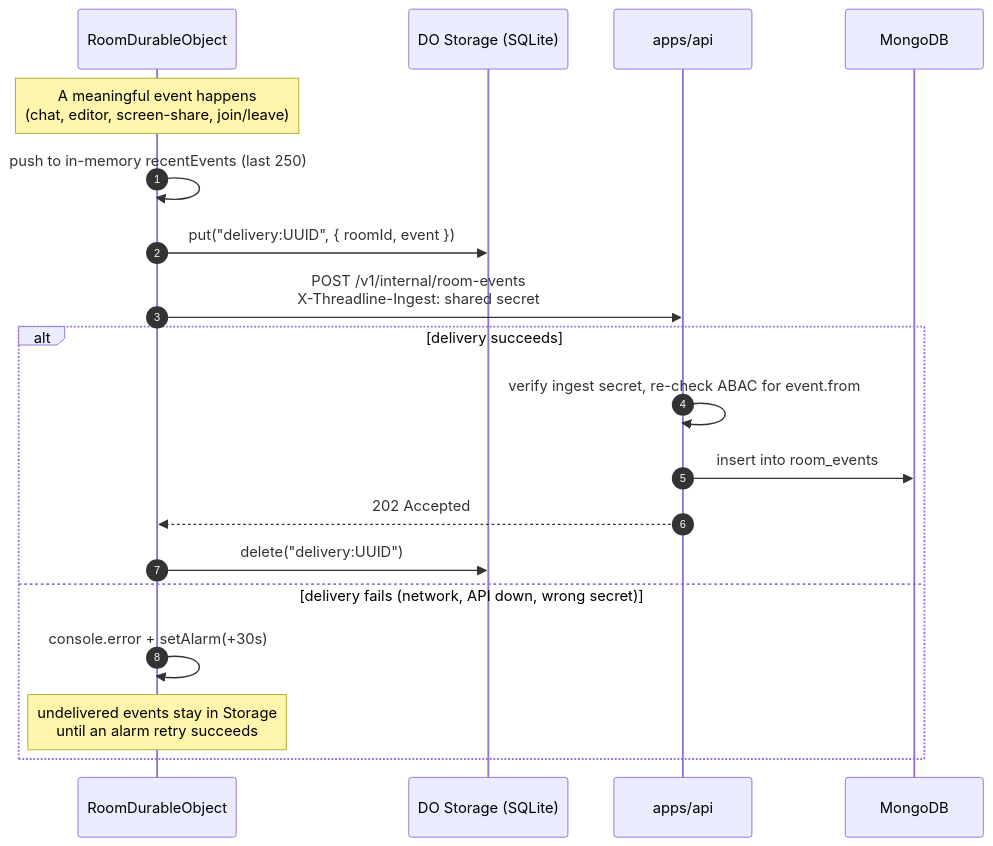
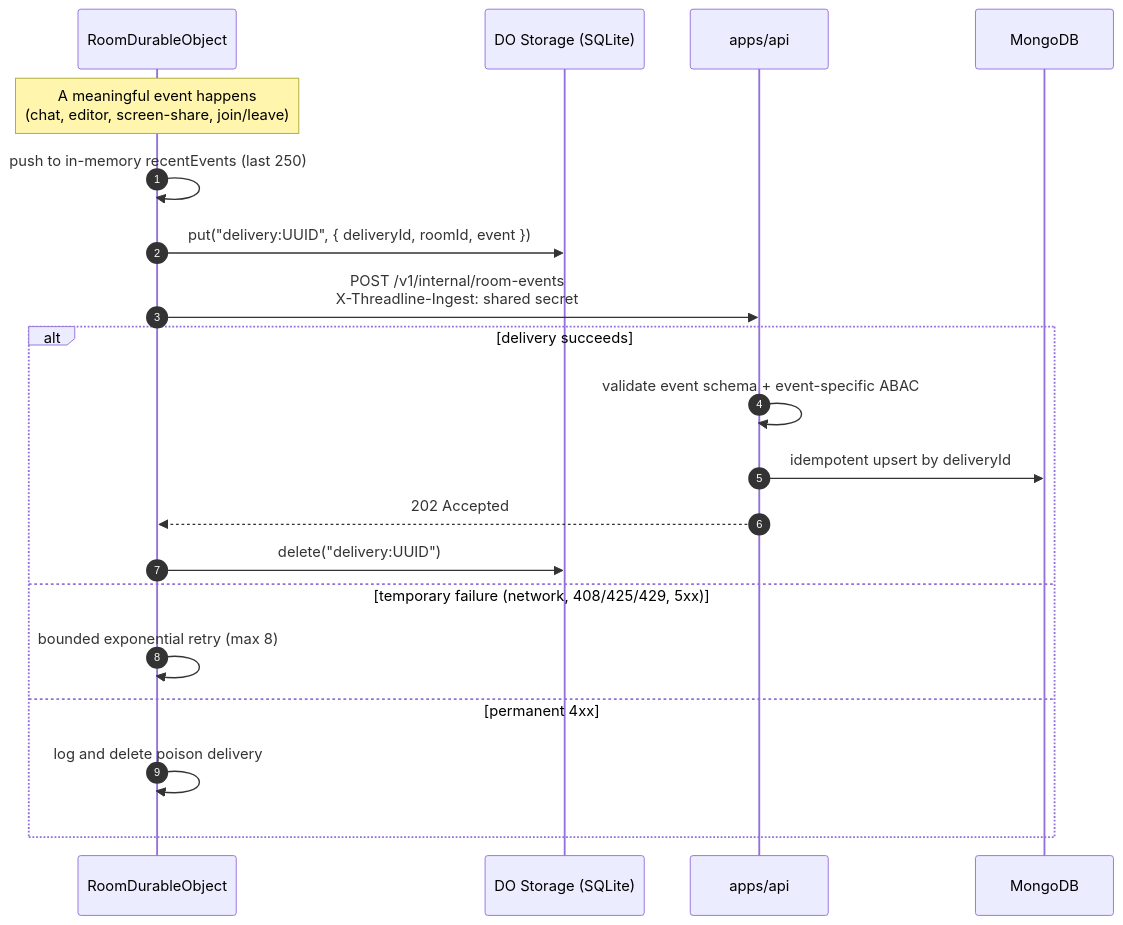
The seventh of 8 diagrams in docs/architecture.md (hoangsonww/Threadline-RealTime-Collab), drawn with Mermaid before and after one commit. The commit also changed other lines of this file and 8 other files, not shown here.

Commit message:
fix(realtime): align event ingest authorization

````diff
--- a/docs/architecture.md
+++ b/docs/architecture.md
@@ -334,22 +334,23 @@
 ```mermaid
 sequenceDiagram
     autonumber
     participant DO as RoomDurableObject
     participant S as DO Storage (SQLite)
     participant A as apps/api
     participant M as MongoDB
 
     Note over DO: A meaningful event happens<br/>(chat, editor, screen-share, join/leave)
     DO->>DO: push to in-memory recentEvents (last 250)
-    DO->>S: put("delivery:UUID", { roomId, event })
+    DO->>S: put("delivery:UUID", { deliveryId, roomId, event })
     DO->>A: POST /v1/internal/room-events<br/>X-Threadline-Ingest: shared secret
     alt delivery succeeds
-        A->>A: verify ingest secret, re-check ABAC for event.from
-        A->>M: insert into room_events
+        A->>A: validate event schema + event-specific ABAC
+        A->>M: idempotent upsert by deliveryId
         A-->>DO: 202 Accepted
         DO->>S: delete("delivery:UUID")
-    else delivery fails (network, API down, wrong secret)
-        DO->>DO: console.error + setAlarm(+30s)
-        Note over DO: undelivered events stay in Storage<br/>until an alarm retry succeeds
+    else temporary failure (network, 408/425/429, 5xx)
+        DO->>DO: bounded exponential retry (max 8)
+    else permanent 4xx
+        DO->>DO: log and delete poison delivery
     end
 ```
````
